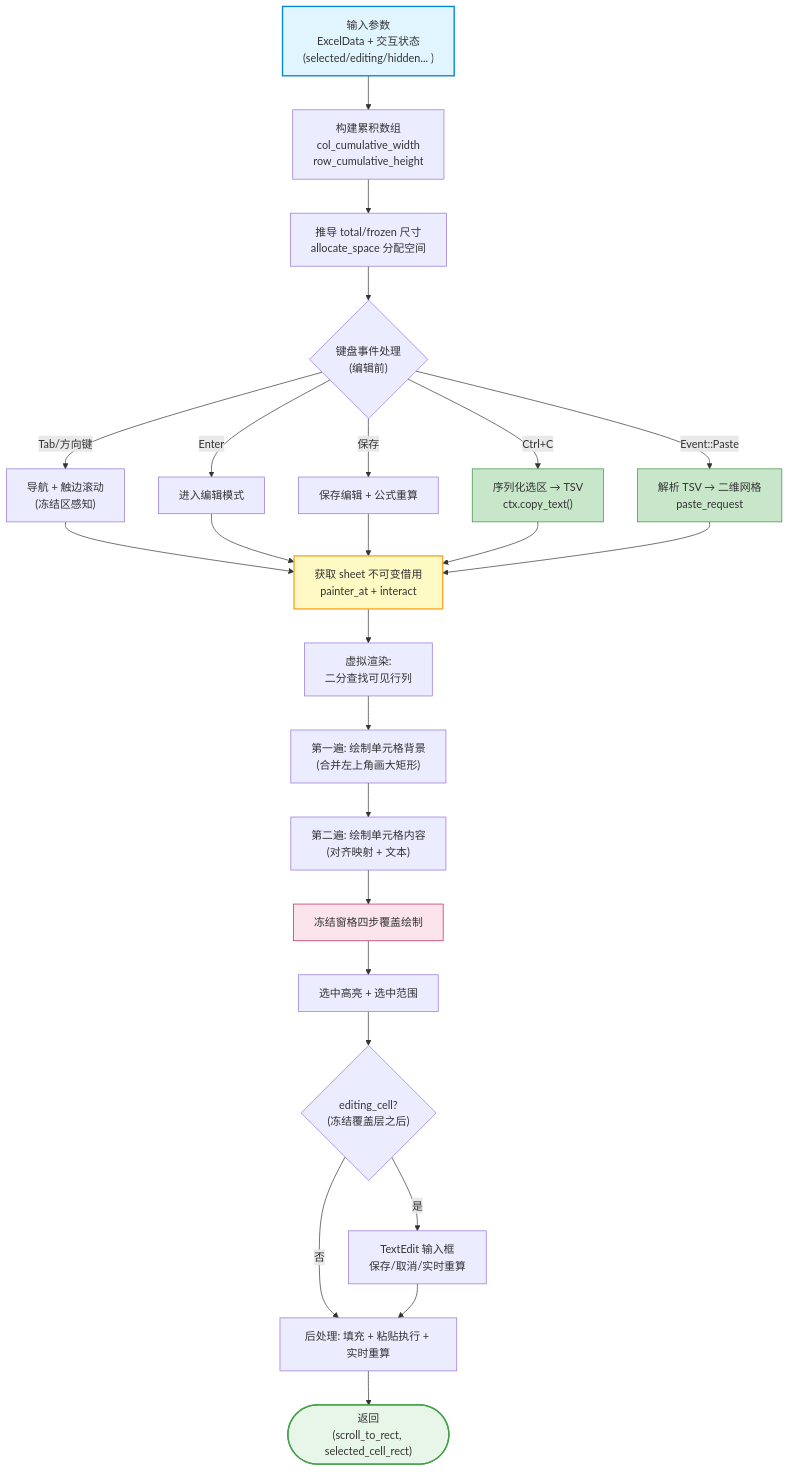
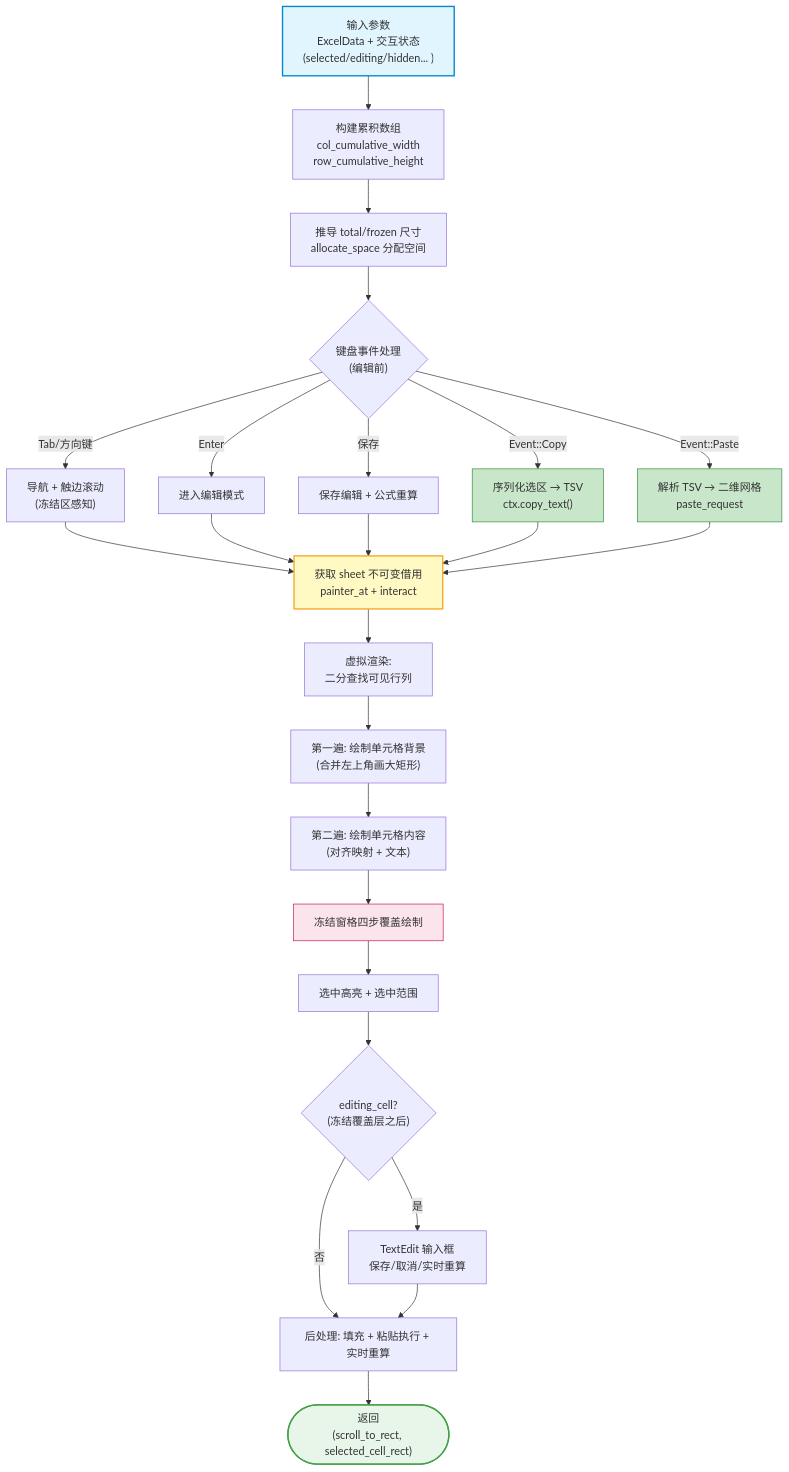
The first of 3 diagrams in docs/gui/widgets/table.md (dunpju/umya-spreadsheet-excel), drawn with Mermaid before and after one commit. The commit also changed other lines of this file and 5 other files, not shown here.

````diff
--- a/docs/gui/widgets/table.md
+++ b/docs/gui/widgets/table.md
@@ -264,34 +269,34 @@
 ```mermaid
 flowchart TD
     IN["输入参数<br/>ExcelData + 交互状态<br/>(selected/editing/hidden... )"] --> PREP["构建累积数组<br/>col_cumulative_width<br/>row_cumulative_height"]
     PREP --> SIZE["推导 total/frozen 尺寸<br/>allocate_space 分配空间"]
     SIZE --> KBD{"键盘事件处理<br/>(编辑前)"}
     KBD -->|Tab/方向键| NAV["导航 + 触边滚动<br/>(冻结区感知)"]
     KBD -->|Enter| EDM["进入编辑模式"]
     KBD -->|保存| SAVE1["保存编辑 + 公式重算"]
-    KBD -->|Ctrl+C| COPY["序列化选区 → TSV<br/>ctx.copy_text()"]
+    KBD -->|Event::Copy| COPY["序列化选区 → TSV<br/>ctx.copy_text()"]
     KBD -->|Event::Paste| PASTE_DET["解析 TSV → 二维网格<br/>paste_request"]
     NAV --> RENDER
     EDM --> RENDER
     SAVE1 --> RENDER
     COPY --> RENDER
     PASTE_DET --> RENDER
 
     RENDER["获取 sheet 不可变借用<br/>painter_at + interact"] --> VP["虚拟渲染:<br/>二分查找可见行列"]
     VP --> P1["第一遍: 绘制单元格背景<br/>(合并左上角画大矩形)"]
     P1 --> P2["第二遍: 绘制单元格内容<br/>(对齐映射 + 文本)"]
     P2 --> FROZEN["冻结窗格四步覆盖绘制"]
     FROZEN --> SEL["选中高亮 + 选中范围"]
     SEL --> EDIT{"editing_cell?<br/>(冻结覆盖层之后)"}
     EDIT -->|是| TEDIT["TextEdit 输入框<br/>保存/取消/实时重算"]
     EDIT -->|否| POST
     TEDIT --> POST["后处理: 填充 + 粘贴执行 + 实时重算"]
     POST --> OUT(["返回<br/>(scroll_to_rect, selected_cell_rect)"])
 
     style IN fill:#e1f5fe,stroke:#0288d1,stroke-width:2px
     style OUT fill:#e8f5e9,stroke:#43a047,stroke-width:2px
     style RENDER fill:#fff9c4,stroke:#f9a825,stroke-width:2px
     style FROZEN fill:#fce4ec,stroke:#c2185b
     style COPY fill:#c8e6c9,stroke:#388e3c
     style PASTE_DET fill:#c8e6c9,stroke:#388e3c
 ```
````
